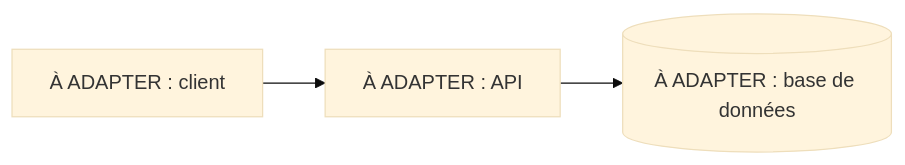
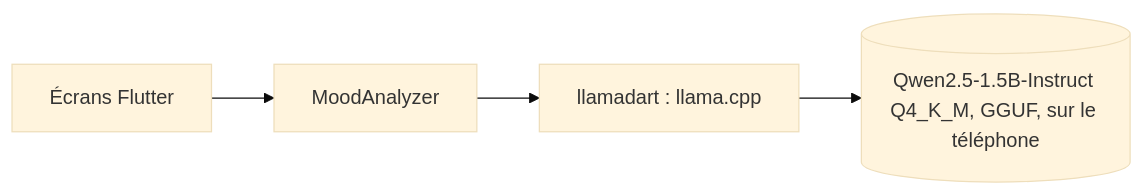
The first of 2 diagrams in docs/architecture-technique.md (yanis-vroland/Tidemark), drawn with Mermaid (base theme) before and after one commit. The commit also changed other lines of this file and 5 other files, not shown here.

````diff
--- a/docs/architecture-technique.md
+++ b/docs/architecture-technique.md
@@ -11,5 +11,6 @@
 ```mermaid
 flowchart LR
-  client[À ADAPTER : client] --> api[À ADAPTER : API]
-  api --> db[(À ADAPTER : base de données)]
+  ui[Écrans Flutter] --> analyzer[MoodAnalyzer]
+  analyzer --> engine[llamadart : llama.cpp]
+  engine --> model[(Qwen2.5-1.5B-Instruct Q4_K_M, GGUF, sur le téléphone)]
 ```
````
